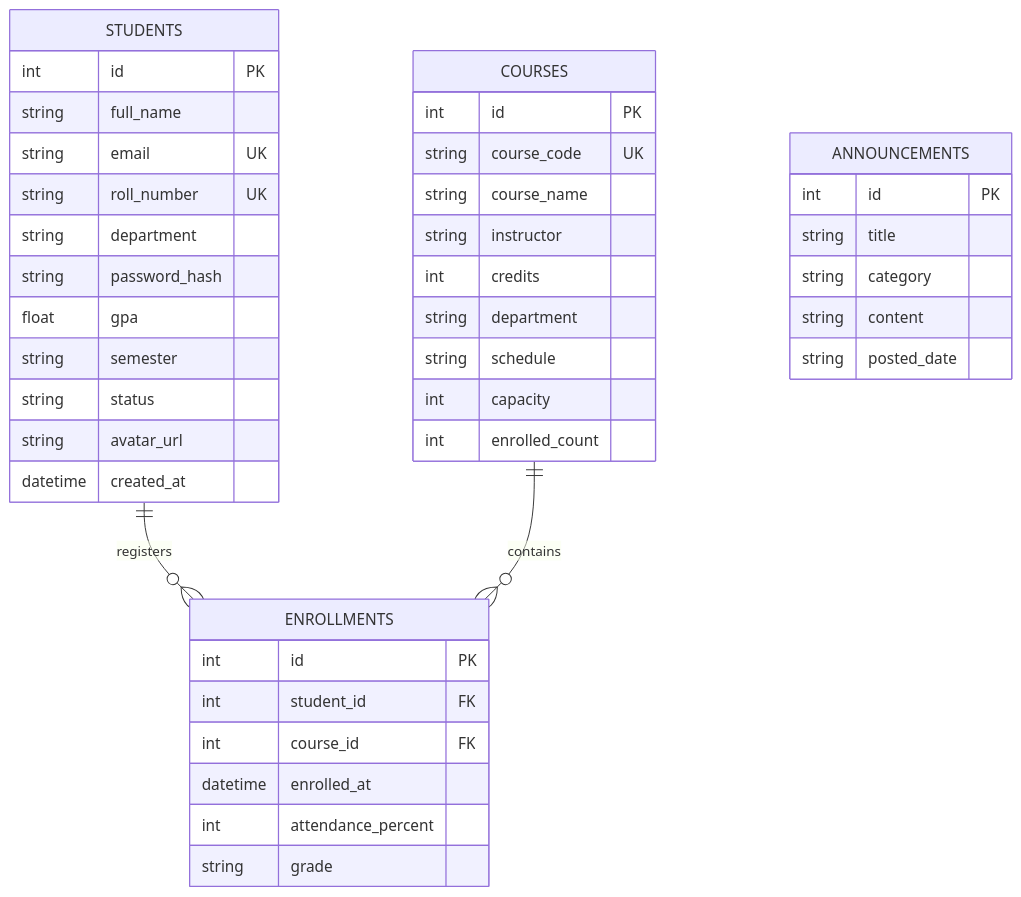
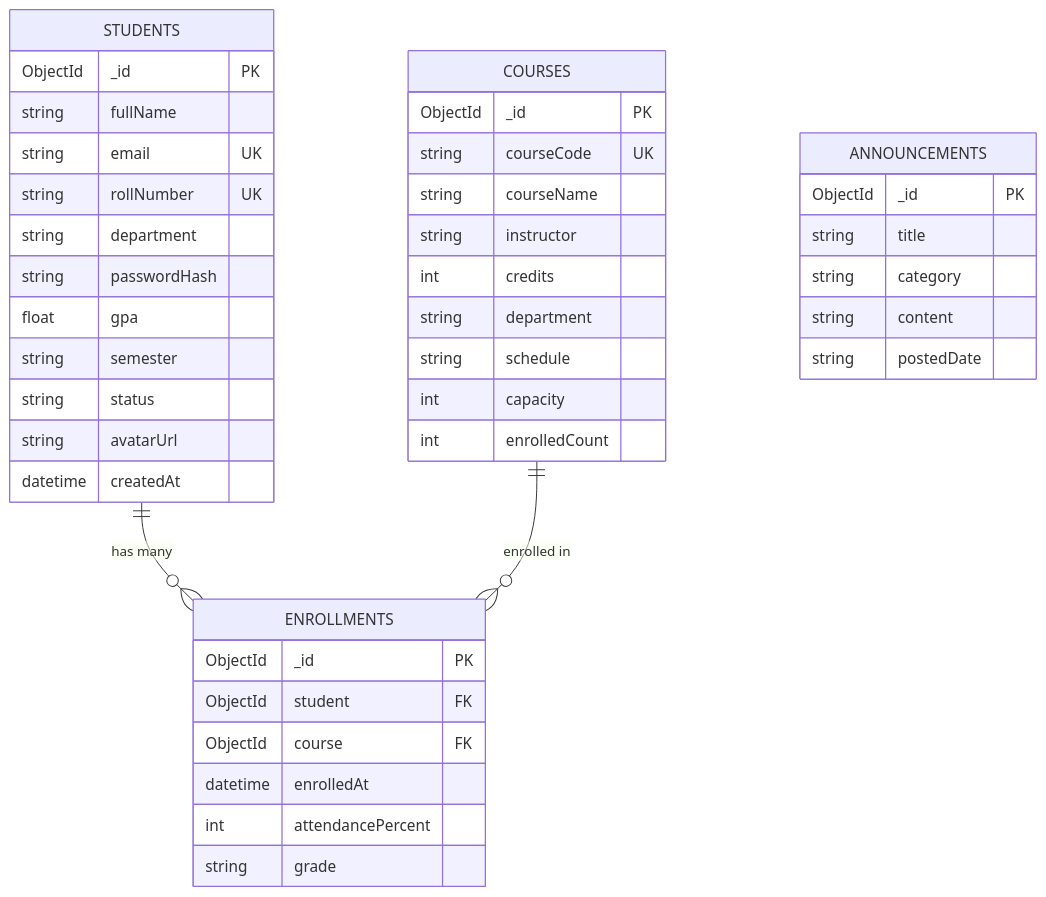
Before and after one commit to siddiquddin/student-portal: the diagram in README.md, drawn with Mermaid. The commit also changed other lines of this file and 12 other files, not shown here.

````diff
--- a/README.md
+++ b/README.md
@@ -60,48 +68,48 @@
 ```mermaid
 erDiagram
-    STUDENTS ||--o{ ENROLLMENTS : registers
-    COURSES ||--o{ ENROLLMENTS : contains
+    STUDENTS ||--o{ ENROLLMENTS : "has many"
+    COURSES ||--o{ ENROLLMENTS : "enrolled in"
     
     STUDENTS {
-        int id PK
-        string full_name
+        ObjectId _id PK
+        string fullName
         string email UK
-        string roll_number UK
+        string rollNumber UK
         string department
-        string password_hash
+        string passwordHash
         float gpa
         string semester
         string status
-        string avatar_url
-        datetime created_at
+        string avatarUrl
+        datetime createdAt
     }
 
     COURSES {
-        int id PK
-        string course_code UK
-        string course_name
+        ObjectId _id PK
+        string courseCode UK
+        string courseName
         string instructor
         int credits
         string department
         string schedule
         int capacity
-        int enrolled_count
+        int enrolledCount
     }
 
     ENROLLMENTS {
-        int id PK
-        int student_id FK
-        int course_id FK
-        datetime enrolled_at
-        int attendance_percent
+        ObjectId _id PK
+        ObjectId student FK
+        ObjectId course FK
+        datetime enrolledAt
+        int attendancePercent
         string grade
     }
 
     ANNOUNCEMENTS {
-        int id PK
+        ObjectId _id PK
         string title
         string category
         string content
-        string posted_date
+        string postedDate
     }
 ```
````
